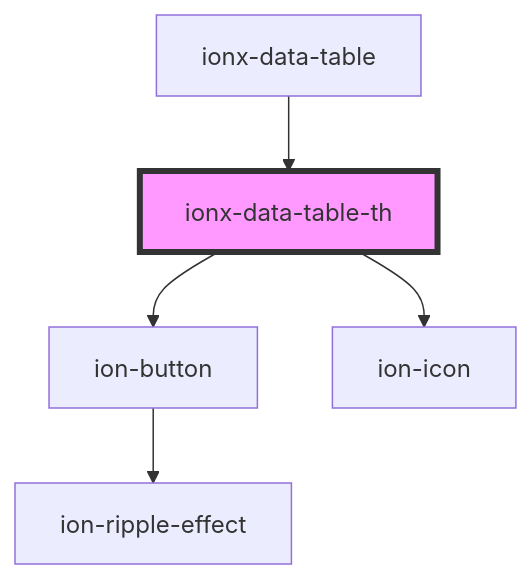
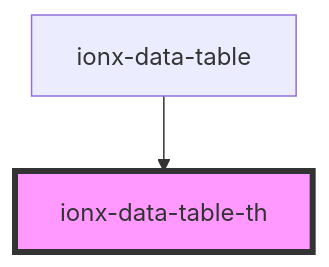
One commit to co-mmons/ionx changed the diagram in modules/DataTable/src/readme.md. Above: the diagram before and after it, drawn with Mermaid. The commit also changed other lines of this file and 99 other files, not shown here.

````diff
--- a/modules/DataTable/src/readme.md
+++ b/modules/DataTable/src/readme.md
@@ -34,8 +29,5 @@
 ```mermaid
 graph TD;
-  ionx-data-table-th --> ion-button
-  ionx-data-table-th --> ion-icon
-  ion-button --> ion-ripple-effect
   ionx-data-table --> ionx-data-table-th
   style ionx-data-table-th fill:#f9f,stroke:#333,stroke-width:4px
 ```
````
